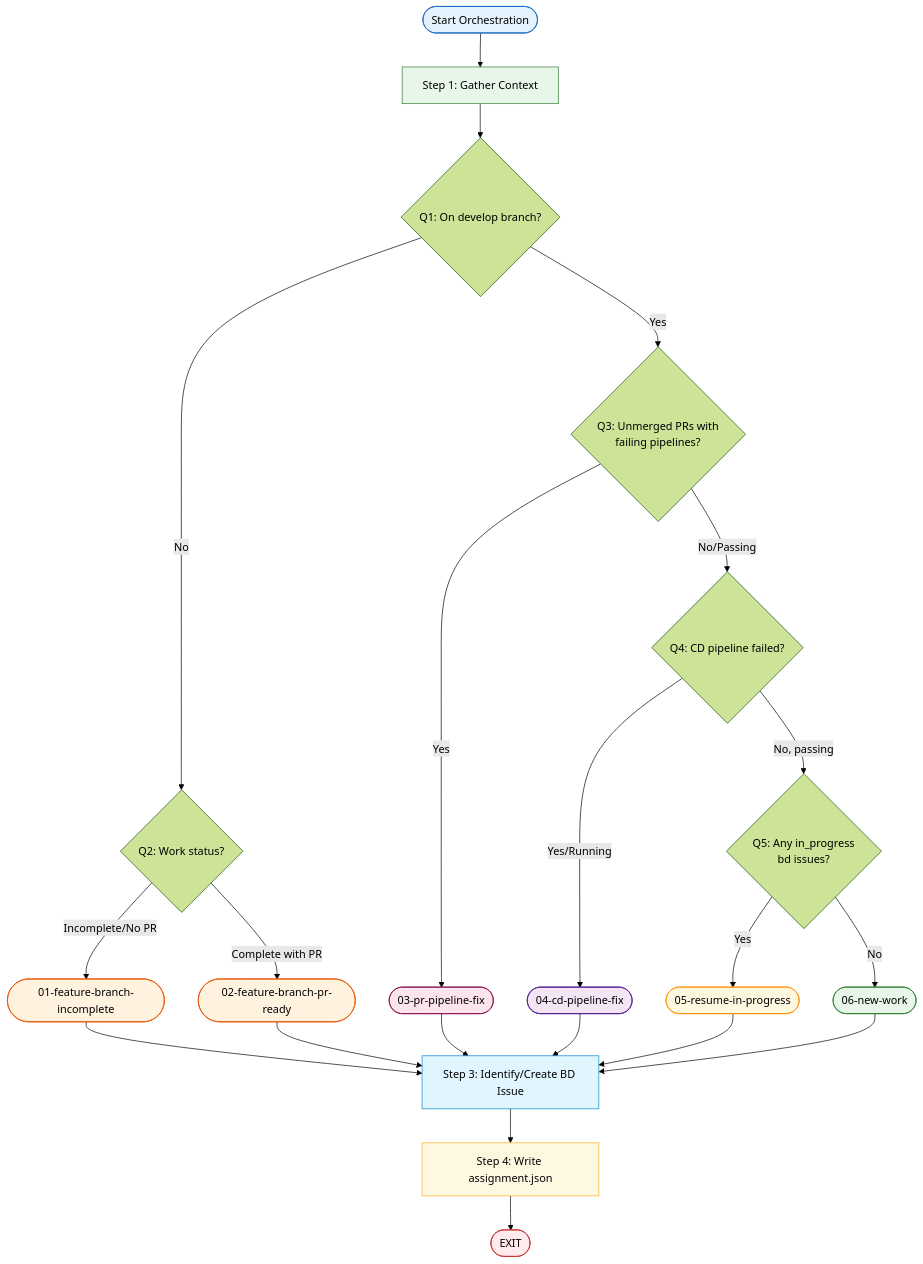
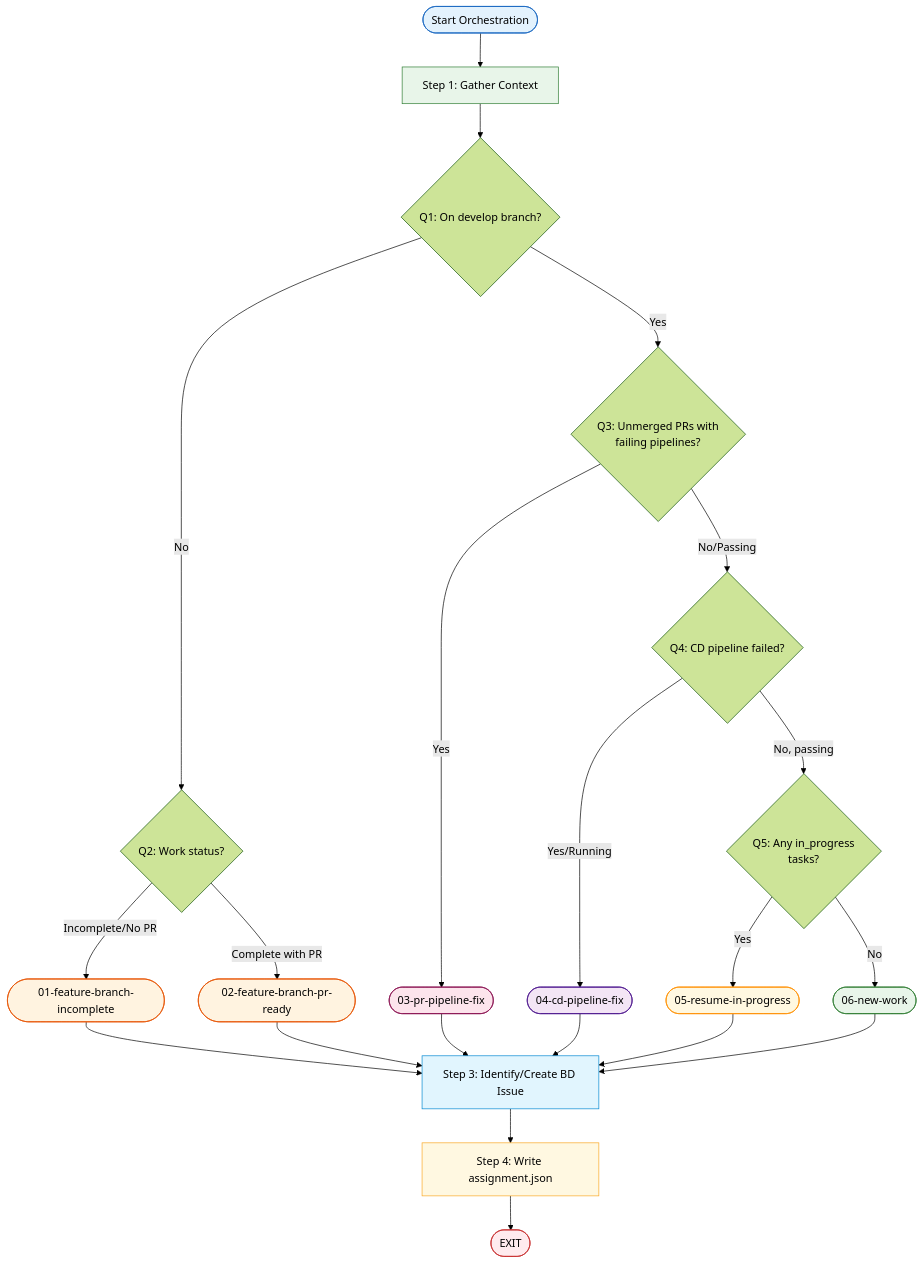
One commit to htxryan/ralph-tui changed the diagram in .ralph/orchestrate.md. Above: the diagram before and after it, drawn with Mermaid (forest theme). The commit also changed other lines of this file and 22 other files, not shown here.

````diff
--- a/.ralph/orchestrate.md
+++ b/.ralph/orchestrate.md
@@ -186,43 +186,43 @@
 ```mermaid
 flowchart TD
     START([Start Orchestration]) --> GATHER[Step 1: Gather Context]
 
     GATHER --> Q1{Q1: On develop branch?}
 
     Q1 -->|No| Q2{Q2: Work status?}
     Q2 -->|Incomplete/No PR| W1([01-feature-branch-incomplete])
     Q2 -->|Complete with PR| W2([02-feature-branch-pr-ready])
 
     Q1 -->|Yes| Q3{Q3: Unmerged PRs with<br/>failing pipelines?}
     Q3 -->|Yes| W3([03-pr-pipeline-fix])
     Q3 -->|No/Passing| Q4{Q4: CD pipeline failed?}
 
     Q4 -->|Yes/Running| W4([04-cd-pipeline-fix])
-    Q4 -->|No, passing| Q5{Q5: Any in_progress<br/>bd issues?}
+    Q4 -->|No, passing| Q5{Q5: Any in_progress<br/>tasks?}
 
     Q5 -->|Yes| W5([05-resume-in-progress])
     Q5 -->|No| W6([06-new-work])
 
     W1 --> BDISSUE[Step 3: Identify/Create BD Issue]
     W2 --> BDISSUE
     W3 --> BDISSUE
     W4 --> BDISSUE
     W5 --> BDISSUE
     W6 --> BDISSUE
 
     BDISSUE --> WRITE[Step 4: Write assignment.json]
     WRITE --> DONE([EXIT])
 
     style START fill:#e3f2fd,stroke:#1565c0
     style GATHER fill:#e8f5e9,stroke:#2e7d32
     style BDISSUE fill:#e1f5fe,stroke:#0288d1
     style WRITE fill:#fff8e1,stroke:#f9a825
     style DONE fill:#ffebee,stroke:#c62828
 
     style W1 fill:#fff3e0,stroke:#e65100
     style W2 fill:#fff3e0,stroke:#e65100
     style W3 fill:#fce4ec,stroke:#880e4f
     style W4 fill:#f3e5f5,stroke:#4a148c
     style W5 fill:#fff8e1,stroke:#ff8f00
     style W6 fill:#e8f5e9,stroke:#2e7d32
 ```
````
